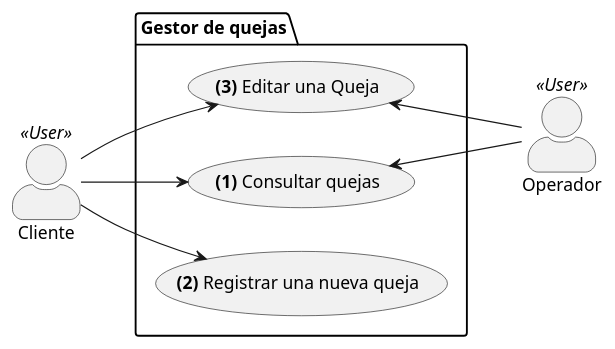
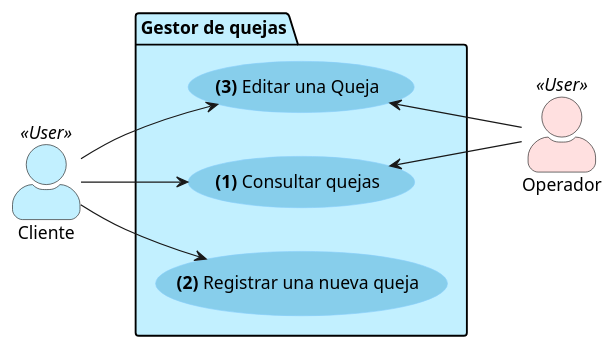
Before and after one commit to calmecac-community/lacandon: the diagram in doc/casos-de-uso/quejas.wsd, drawn with PlantUML. The commit also changed 19 other files, not shown here.

```diff
--- a/doc/casos-de-uso/quejas.wsd
+++ b/doc/casos-de-uso/quejas.wsd
@@ -1,21 +1,25 @@
 @startuml quejas
 left to right direction
 skinparam actorStyle awesome
+skinparam usecase {
+  BackgroundColor SkyBlue
+  BorderColor LightSkyBlue
+}
 
-actor Operador <<User>>
-actor Cliente <<User>>
+actor Operador <<User>> #IMPLEMENTATION
+actor Cliente <<User>> #APPLICATION
 
-package "Gestor de quejas" {
+package "Gestor de quejas" #APPLICATION{
   usecase "<b>(1)</b> Consultar quejas" as consultarQuejas
   usecase "<b>(2)</b> Registrar una nueva queja" as registrarQueja
   usecase "<b>(3)</b> Editar una Queja" as editarQueja
 }
 
 Operador -up-> consultarQuejas
 Operador -up-> editarQueja
 
 Cliente --> consultarQuejas
 Cliente --> editarQueja
 Cliente --> registrarQueja
 
 @enduml
```
